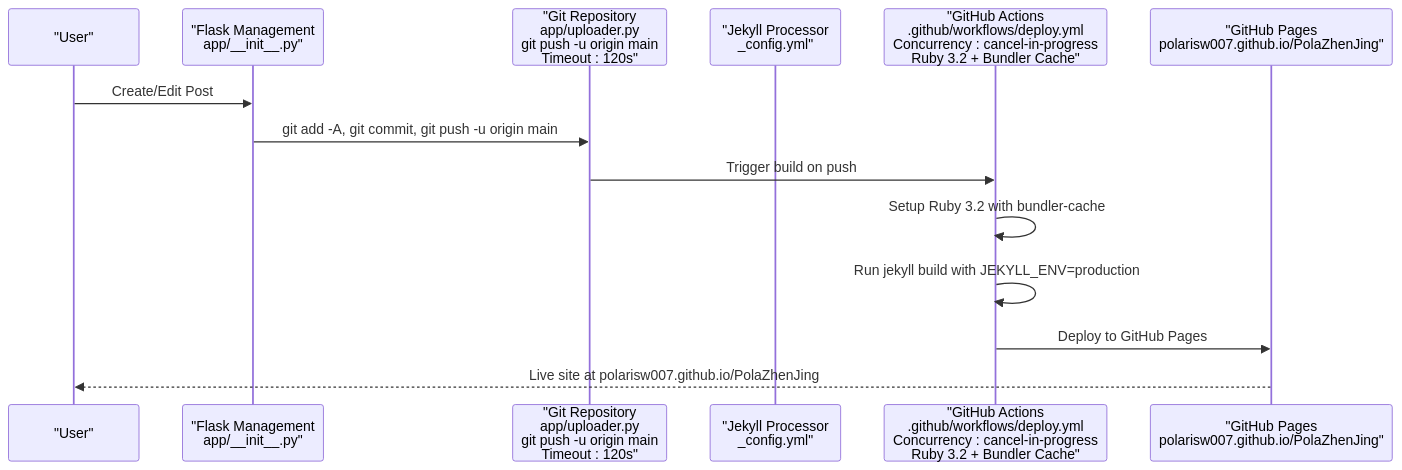
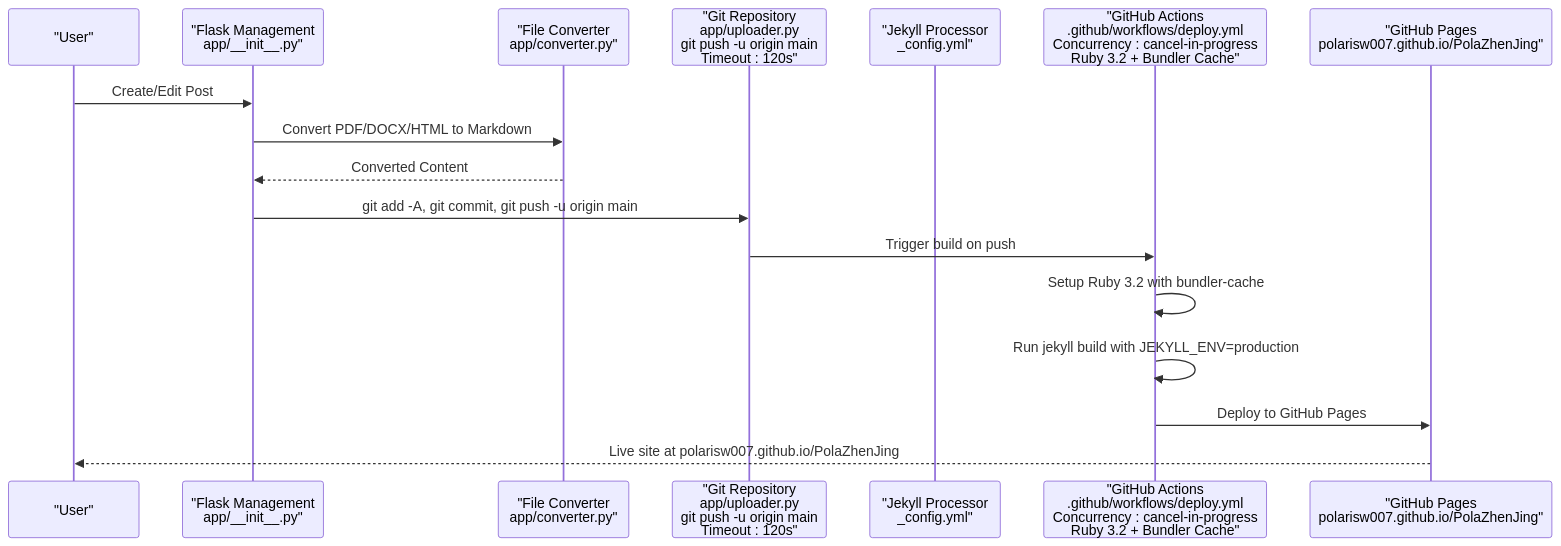
The second of 4 diagrams in .qoder/repowiki/en/content/Backend Application/Publishing Pipeline.md (PolarisW007/PolaZhenJing), drawn with Mermaid before and after one commit. The commit also changed other lines of this file and 8 other files, not shown here.

````diff
--- a/.qoder/repowiki/en/content/Backend Application/Publishing Pipeline.md
+++ b/.qoder/repowiki/en/content/Backend Application/Publishing Pipeline.md
@@ -116,16 +154,19 @@
 ```mermaid
 sequenceDiagram
 participant User as "User"
 participant Flask as "Flask Management<br/>app/__init__.py"
+participant Converter as "File Converter<br/>app/converter.py"
 participant Git as "Git Repository<br/>app/uploader.py<br/>git push -u origin main<br/>Timeout : 120s"
 participant Jekyll as "Jekyll Processor<br/>_config.yml"
 participant GH as "GitHub Actions<br/>.github/workflows/deploy.yml<br/>Concurrency : cancel-in-progress<br/>Ruby 3.2 + Bundler Cache"
 participant Pages as "GitHub Pages<br/>polarisw007.github.io/PolaZhenJing"
 User->>Flask : Create/Edit Post
+Flask->>Converter : Convert PDF/DOCX/HTML to Markdown
+Converter-->>Flask : Converted Content
 Flask->>Git : git add -A, git commit, git push -u origin main
 Git->>GH : Trigger build on push
 GH->>GH : Setup Ruby 3.2 with bundler-cache
 GH->>GH : Run jekyll build with JEKYLL_ENV=production
 GH->>Pages : Deploy to GitHub Pages
 Pages-->>User : Live site at polarisw007.github.io/PolaZhenJing
 ```
````
